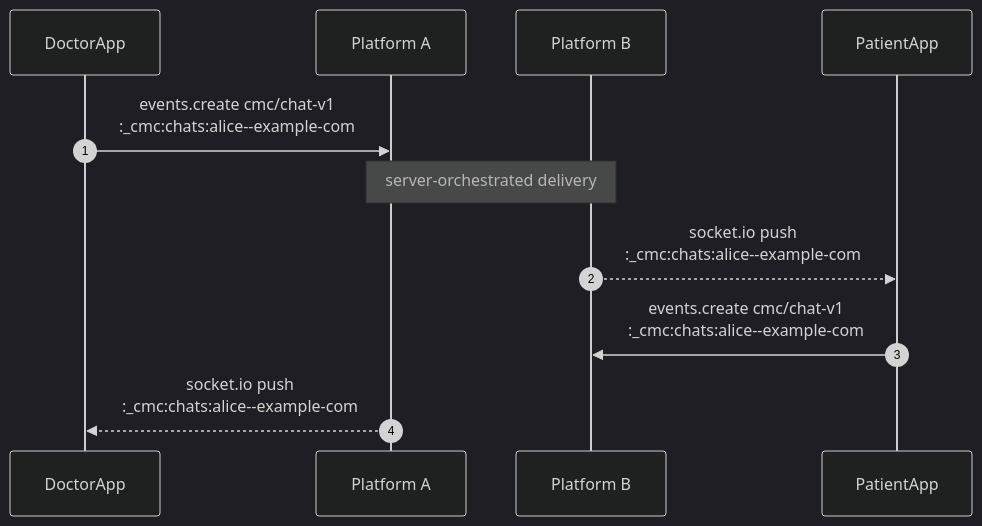
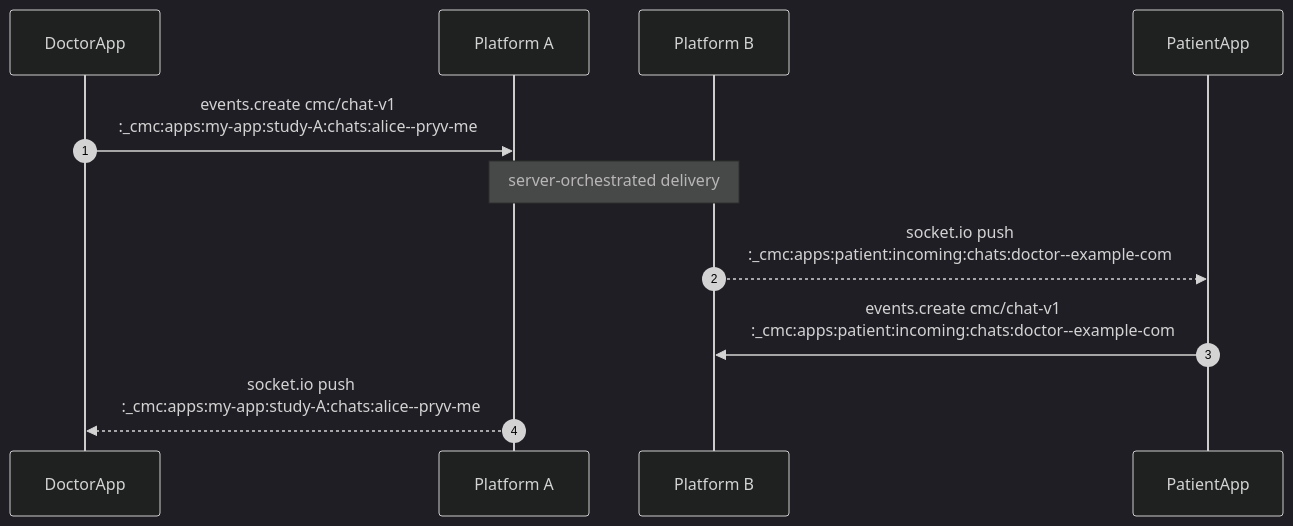
Before and after one commit to pryv/open-pryv.io: the second of 5 diagrams in components/cmc/IMPLEMENTERS-GUIDE.md, drawn with Mermaid (dark theme). The commit also changed other lines of this file and 2 other files, not shown here.

First line of the commit message:
plan 68 — docs: rewrite to nested-under-apps namespace

````diff
--- a/components/cmc/IMPLEMENTERS-GUIDE.md
+++ b/components/cmc/IMPLEMENTERS-GUIDE.md
@@ -331,14 +330,14 @@
 ```mermaid
 sequenceDiagram
     autonumber
     participant DoctorApp
     participant PlatformA as Platform A
     participant PlatformB as Platform B
     participant PatientApp
 
-    DoctorApp->>PlatformA: events.create cmc/chat-v1<br/>:_cmc:chats:alice--example-com
+    DoctorApp->>PlatformA: events.create cmc/chat-v1<br/>:_cmc:apps:my-app:study-A:chats:alice--pryv-me
     Note over PlatformA,PlatformB: server-orchestrated delivery
-    PlatformB-->>PatientApp: socket.io push<br/>:_cmc:chats:alice--example-com
-    PatientApp->>PlatformB: events.create cmc/chat-v1<br/>:_cmc:chats:alice--example-com
-    PlatformA-->>DoctorApp: socket.io push<br/>:_cmc:chats:alice--example-com
+    PlatformB-->>PatientApp: socket.io push<br/>:_cmc:apps:patient:incoming:chats:doctor--example-com
+    PatientApp->>PlatformB: events.create cmc/chat-v1<br/>:_cmc:apps:patient:incoming:chats:doctor--example-com
+    PlatformA-->>DoctorApp: socket.io push<br/>:_cmc:apps:my-app:study-A:chats:alice--pryv-me
 ```
````
